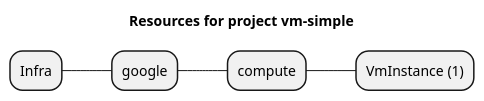
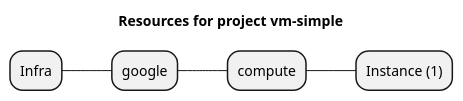
One commit to grucloud/grucloud changed the diagram in examples/google/vm-simple/artifacts/resources-mindmap.puml. Above: the diagram before and after it, drawn with PlantUML. The commit also changed 34 other files, not shown here.

```diff
--- a/examples/google/vm-simple/artifacts/resources-mindmap.puml
+++ b/examples/google/vm-simple/artifacts/resources-mindmap.puml
@@ -1,8 +1,8 @@
 @startmindmap
 title Resources for project vm-simple
 skinparam monochrome true
 + Infra
 ++ google
 +++ compute
-++++ VmInstance (1)
+++++ Instance (1)
 @endmindmap
```
